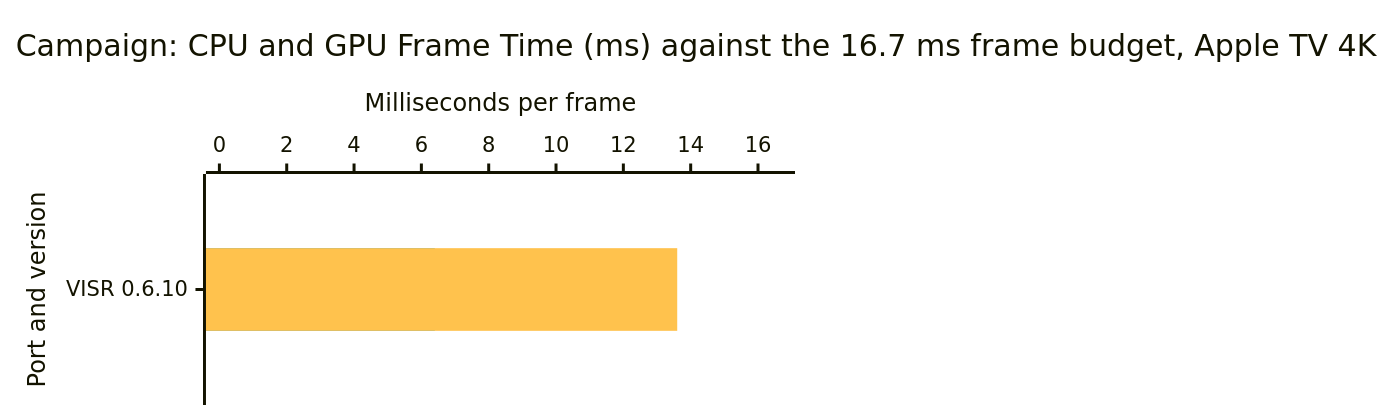
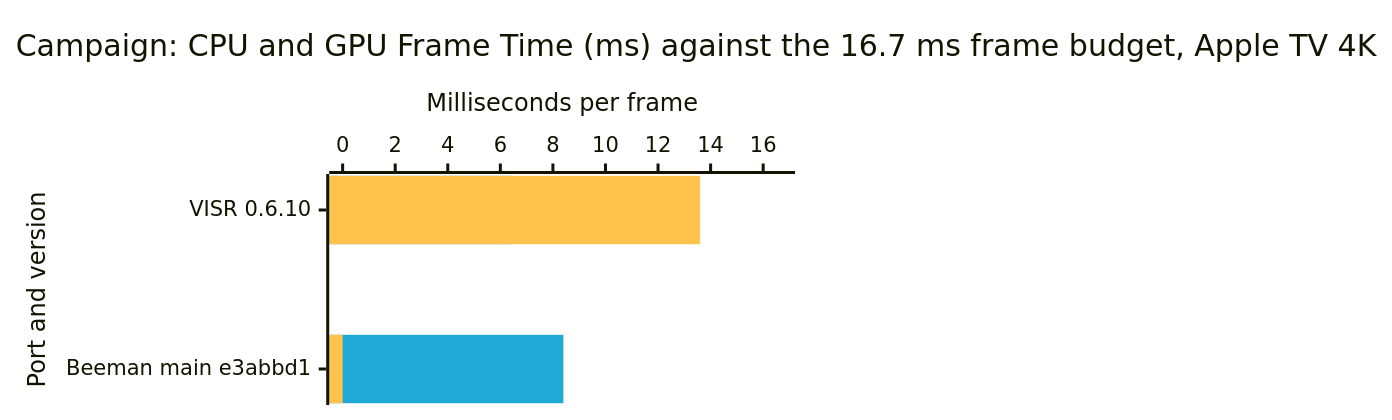
Before and after one commit to VISR-CE/visr: the fifth of 8 diagrams in docs/benchmarks.md, drawn with Mermaid. The commit also changed other lines of this file and 4 other files, not shown here.

````diff
--- a/docs/benchmarks.md
+++ b/docs/benchmarks.md
@@ -138,17 +138,17 @@
 ```mermaid
 ---
 config:
   xyChart:
     width: 520
     height: 260
   themeVariables:
     xyChart:
       plotColorPalette: "#1fa9d4, #ffc24d"
 ---
 xychart-beta horizontal
     title "Campaign: CPU and GPU Frame Time (ms) against the 16.7 ms frame budget, Apple TV 4K"
-    x-axis "Port and version" ["VISR 0.6.10"]
+    x-axis "Port and version" ["VISR 0.6.10", "Beeman main e3abbd1"]
     y-axis "Milliseconds per frame" 0 --> 16.7
-    bar [6.4]
-    bar [13.6]
+    bar [6.4, 8.4]
+    bar [13.6, 0]
 ```
````
